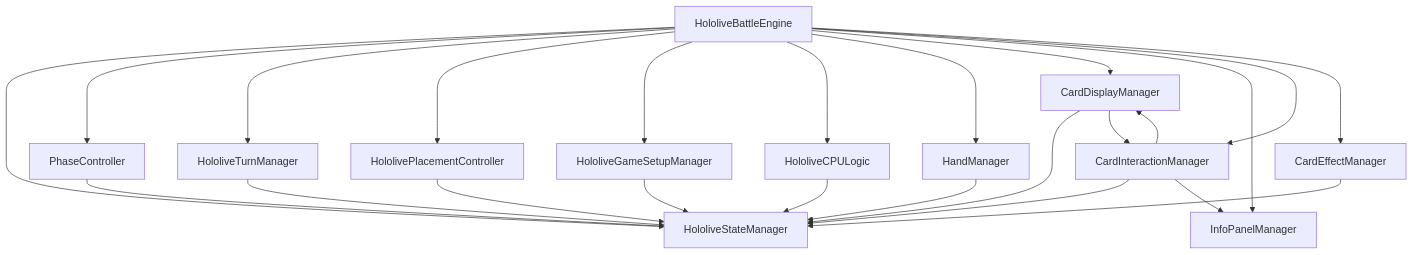
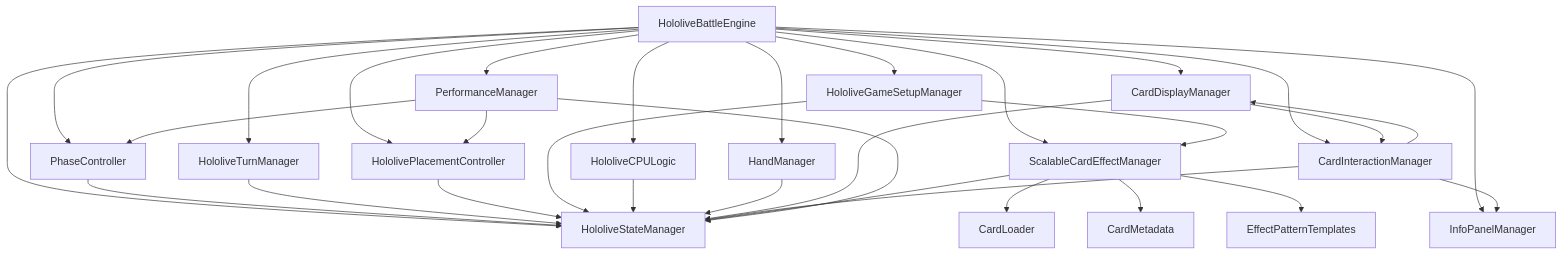
One commit to ikachan-desuyo/hololive_card_list_check changed the first of 5 diagrams in battle_simulator/docs/ARCHITECTURE.md. Above: the diagram before and after it, drawn with Mermaid. The commit also changed other lines of this file and 9 other files, not shown here.

````diff
--- a/battle_simulator/docs/ARCHITECTURE.md
+++ b/battle_simulator/docs/ARCHITECTURE.md
@@ -54,28 +62,38 @@
 ```mermaid
 graph TD
     A[HololiveBattleEngine] --> B[HololiveStateManager]
     A --> C[PhaseController]
     A --> D[HololiveTurnManager]
     A --> E[HololivePlacementController]
     A --> F[HololiveGameSetupManager]
     A --> G[HololiveCPULogic]
     A --> H[HandManager]
     A --> I[CardDisplayManager]
     A --> J[InfoPanelManager]
     A --> K[CardInteractionManager]
-    A --> L[CardEffectManager]
+    A --> L[ScalableCardEffectManager]
+    A --> M[PerformanceManager]
     
     C --> B
     D --> B
     E --> B
     F --> B
     G --> B
     H --> B
     I --> B
     K --> B
     L --> B
+    M --> B
     
     K --> I
     K --> J
     I --> K
+    
+    M --> C
+    M --> E
+    
+    F --> L
+    L --> N[CardLoader]
+    L --> O[CardMetadata]
+    L --> P[EffectPatternTemplates]
 ```
````
